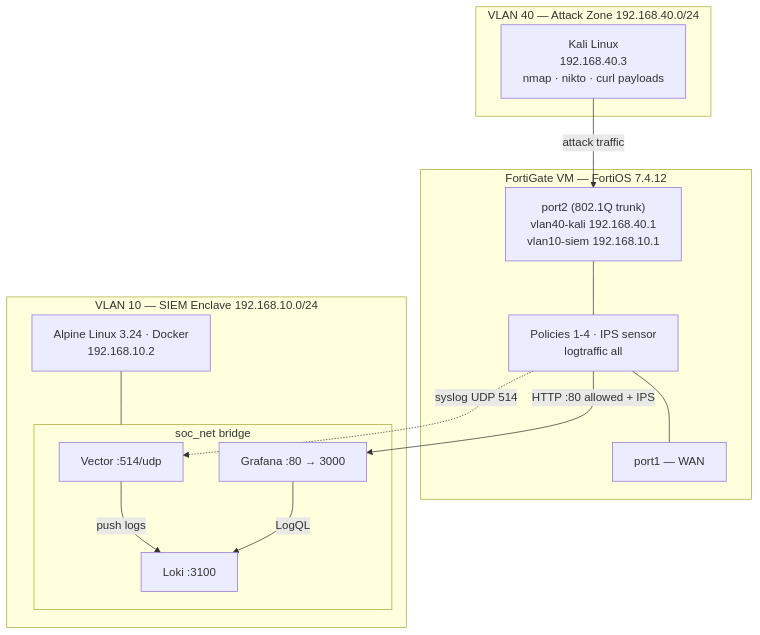
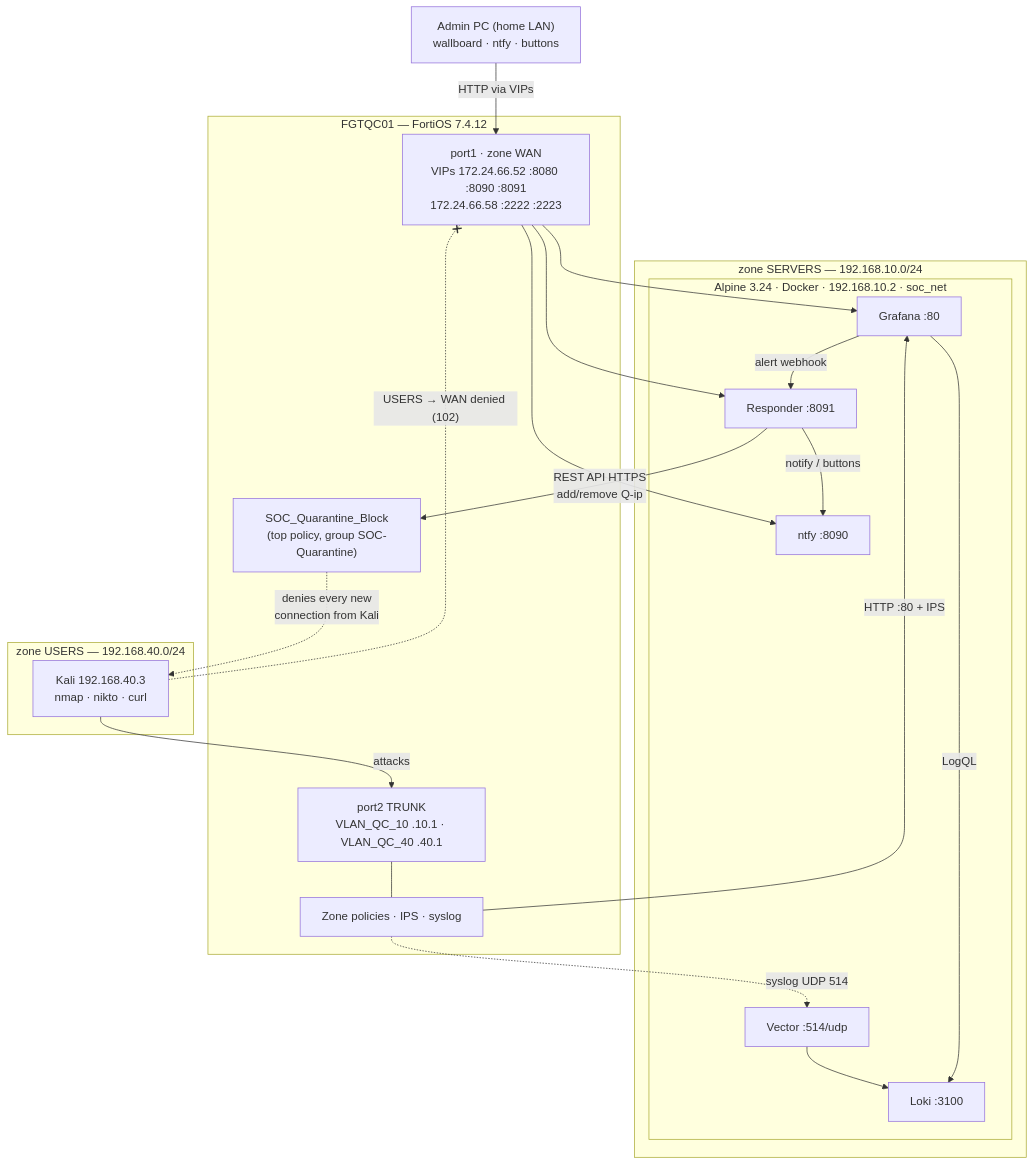
The diagram in Video-3-Visual-SOC-Analytics-Traffic-Dashboard/docs/Lab-Matrix.md (rabakuku/Youtube), drawn with Mermaid before and after one commit. The commit also changed other lines of this file and 23 other files, not shown here.

Commit message:
Video 3: deck updated - one-click quarantine slide, real FGTQC01 names, no Kali WAN

````diff
--- a/Video-3-Visual-SOC-Analytics-Traffic-Dashboard/docs/Lab-Matrix.md
+++ b/Video-3-Visual-SOC-Analytics-Traffic-Dashboard/docs/Lab-Matrix.md
@@ -38,27 +77,37 @@
 ```mermaid
 flowchart TB
-    subgraph V40["VLAN 40 — Attack Zone 192.168.40.0/24"]
-        KALI["Kali Linux<br/>192.168.40.3<br/>nmap · nikto · curl payloads"]
+    PC["Admin PC (home LAN)<br/>wallboard · ntfy · buttons"]
+    subgraph FGT["FGTQC01 — FortiOS 7.4.12"]
+        WAN["port1 · zone WAN<br/>VIPs 172.24.66.52 :8080 :8090 :8091<br/>172.24.66.58 :2222 :2223"]
+        QB["SOC_Quarantine_Block<br/>(top policy, group SOC-Quarantine)"]
+        POL["Zone policies · IPS · syslog"]
+        TR["port2 TRUNK<br/>VLAN_QC_10 .10.1 · VLAN_QC_40 .40.1"]
     end
-    subgraph FGT["FortiGate VM — FortiOS 7.4.12"]
-        P2["port2 (802.1Q trunk)<br/>vlan40-kali 192.168.40.1<br/>vlan10-siem 192.168.10.1"]
-        POL["Policies 1-4 · IPS sensor<br/>logtraffic all"]
-        P1["port1 — WAN"]
+    subgraph USERS["zone USERS — 192.168.40.0/24"]
+        KALI["Kali 192.168.40.3<br/>nmap · nikto · curl"]
     end
-    subgraph V10["VLAN 10 — SIEM Enclave 192.168.10.0/24"]
-        ALP["Alpine Linux 3.24 · Docker<br/>192.168.10.2"]
-        subgraph NET["soc_net bridge"]
+    subgraph SERVERS["zone SERVERS — 192.168.10.0/24"]
+        subgraph ALP["Alpine 3.24 · Docker · 192.168.10.2 · soc_net"]
             VEC["Vector :514/udp"]
             LOKI["Loki :3100"]
-            GRAF["Grafana :80 → 3000"]
+            GRAF["Grafana :80"]
+            RESP["Responder :8091"]
+            NTFY["ntfy :8090"]
         end
     end
-    KALI -- "attack traffic" --> P2
-    P2 --- POL
-    POL -- "HTTP :80 allowed + IPS" --> GRAF
+    PC -- "HTTP via VIPs" --> WAN
+    WAN --> GRAF
+    WAN --> NTFY
+    WAN --> RESP
+    KALI -- "attacks" --> TR
+    TR --- POL
+    POL -- "HTTP :80 + IPS" --> GRAF
     POL -. "syslog UDP 514" .-> VEC
-    VEC -- "push logs" --> LOKI
+    VEC --> LOKI
     GRAF -- "LogQL" --> LOKI
-    POL --- P1
-    ALP --- NET
+    GRAF -- "alert webhook" --> RESP
+    RESP -- "notify / buttons" --> NTFY
+    RESP -- "REST API HTTPS<br/>add/remove Q-ip" --> QB
+    QB -. "denies every new<br/>connection from Kali" .-> KALI
+    KALI -. "USERS → WAN denied (102)" .-x WAN
 ```
````
